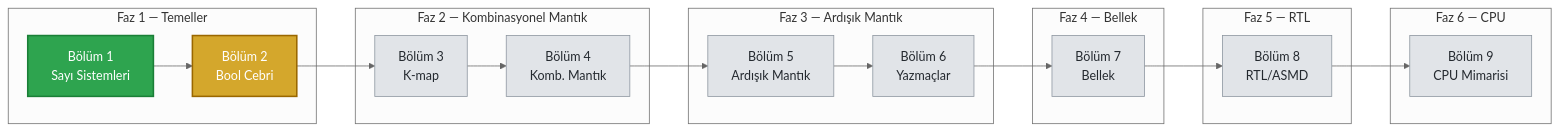
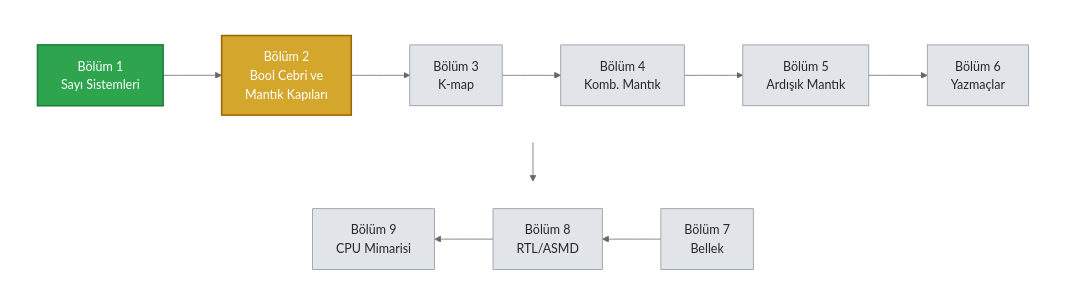
One commit to SafakSahinn/sifirdan-islemciye changed the diagram in README.md. Above: the diagram before and after it, drawn with Mermaid (neutral theme). The commit also changed other lines of this file, not shown here.

````diff
--- a/README.md
+++ b/README.md
@@ -22,34 +22,33 @@
 ```mermaid
-flowchart LR
-    subgraph F1["Faz 1 — Temeller"]
+flowchart TD
+    subgraph Row1[" "]
+        direction LR
         B1["Bölüm 1<br/>Sayı Sistemleri"]
-        B2["Bölüm 2<br/>Bool Cebri"]
-    end
-    subgraph F2["Faz 2 — Kombinasyonel Mantık"]
+        B2["Bölüm 2<br/>Bool Cebri ve<br/>Mantık Kapıları"]
         B3["Bölüm 3<br/>K-map"]
         B4["Bölüm 4<br/>Komb. Mantık"]
-    end
-    subgraph F3["Faz 3 — Ardışık Mantık"]
         B5["Bölüm 5<br/>Ardışık Mantık"]
         B6["Bölüm 6<br/>Yazmaçlar"]
     end
-    subgraph F4["Faz 4 — Bellek"]
+
+    subgraph Row2[" "]
+        direction RL
+        B9["Bölüm 9<br/>CPU Mimarisi"]
+        B8["Bölüm 8<br/>RTL/ASMD"]
         B7["Bölüm 7<br/>Bellek"]
     end
-    subgraph F5["Faz 5 — RTL"]
-        B8["Bölüm 8<br/>RTL/ASMD"]
-    end
-    subgraph F6["Faz 6 — CPU"]
-        B9["Bölüm 9<br/>CPU Mimarisi"]
-    end
 
-    B1 --> B2 --> B3 --> B4 --> B5 --> B6 --> B7 --> B8 --> B9
+    B1 --> B2 --> B3 --> B4 --> B5 --> B6
+    B6 --> B7
+    B7 --> B8 --> B9
 
     class B1 done
     class B2 progress
     class B3,B4,B5,B6,B7,B8,B9 todo
 
     classDef done fill:#2ea44f,stroke:#1a7f37,color:#ffffff,stroke-width:2px
     classDef progress fill:#d4a72c,stroke:#9a6700,color:#ffffff,stroke-width:2px
     classDef todo fill:#e1e4e8,stroke:#8c959f,color:#24292f,stroke-width:1px
+    style Row1 fill:transparent,stroke:transparent
+    style Row2 fill:transparent,stroke:transparent
 ```
````
